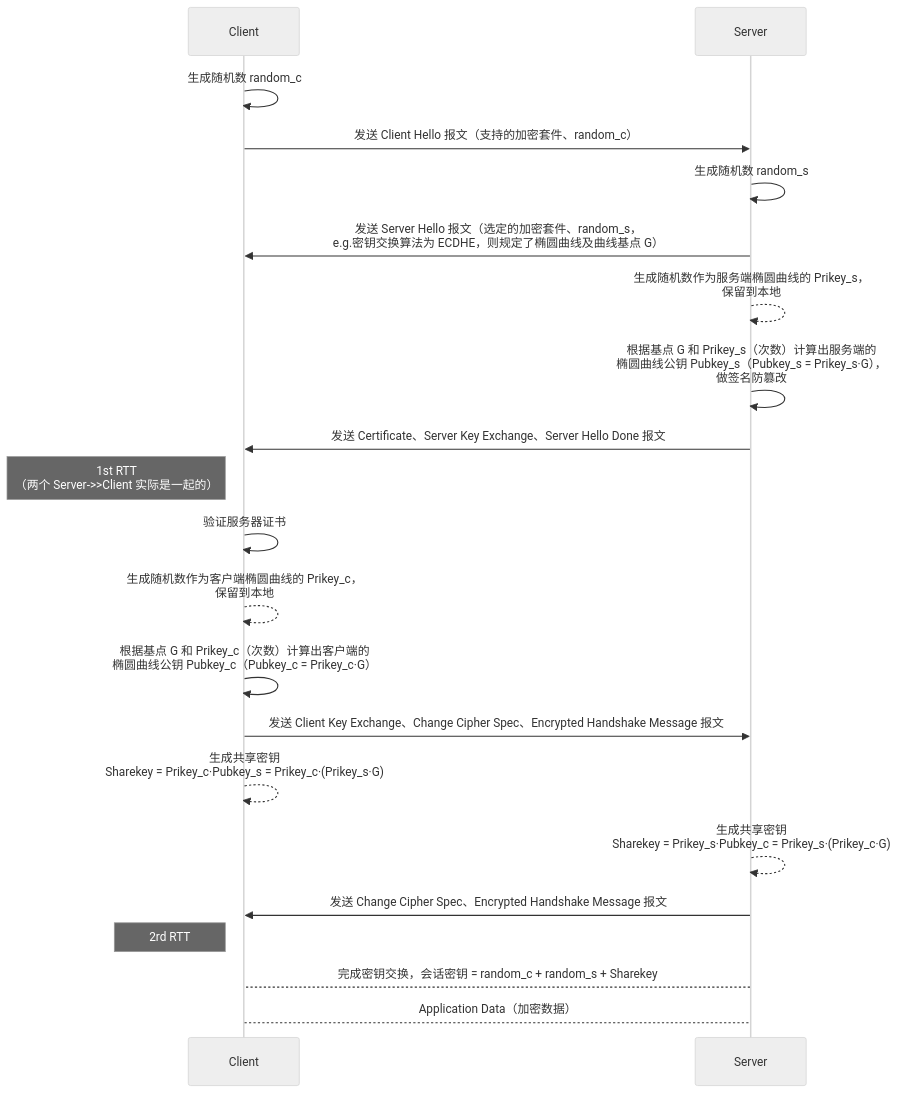
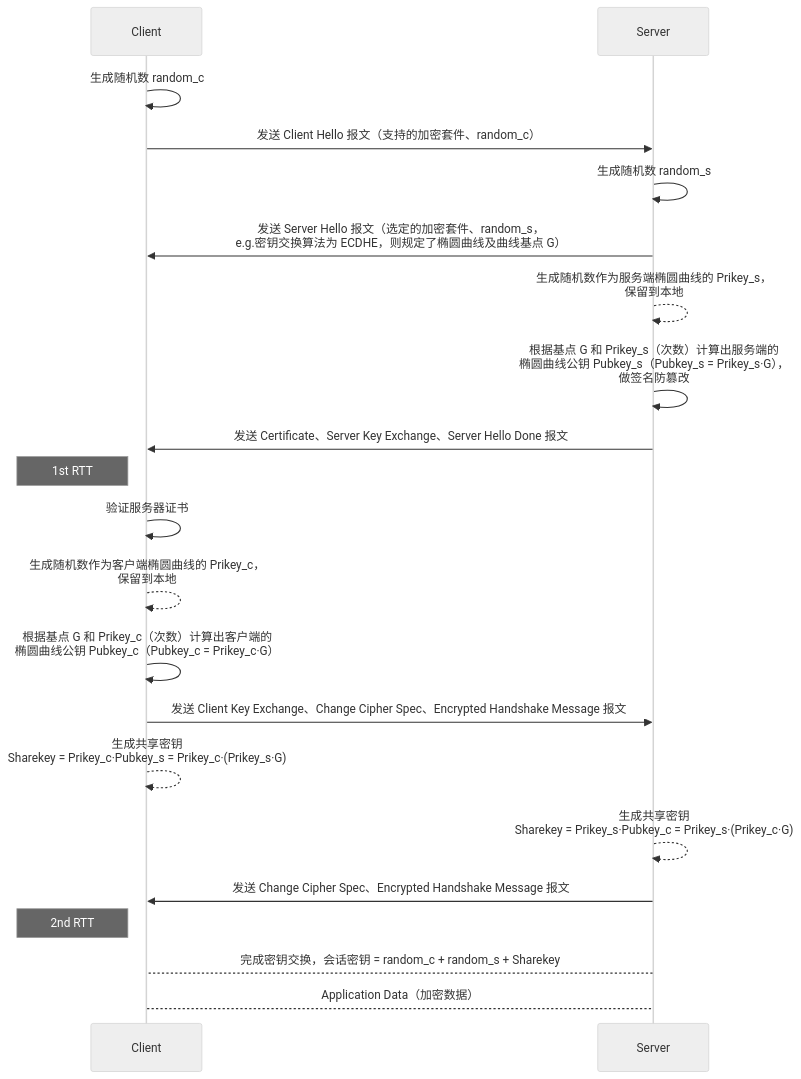
The first of 2 diagrams in docs/TLS.md (marsvillager/marsvillager.github.io), drawn with Mermaid (neutral theme) before and after one commit. The commit also changed other lines of this file and 14 other files, not shown here.

````diff
--- a/docs/TLS.md
+++ b/docs/TLS.md
@@ -15,33 +15,33 @@
 ```mermaid
 sequenceDiagram
     participant Client
     participant Server
     
 		Client->>Client: 生成随机数 random_c
     Client->>Server: 发送 Client Hello 报文（支持的加密套件、random_c）
     
     Server->>Server: 生成随机数 random_s
     Server->>Client: 发送 Server Hello 报文（选定的加密套件、random_s，<br>e.g.密钥交换算法为 ECDHE，则规定了椭圆曲线及曲线基点 G）
     
     Server-->>Server: 生成随机数作为服务端椭圆曲线的 Prikey_s，<br>保留到本地
     Server->>Server: 根据基点 G 和 Prikey_s（次数）计算出服务端的<br>椭圆曲线公钥 Pubkey_s（Pubkey_s = Prikey_s·G），<br>做签名防篡改
     Server->>Client: 发送 Certificate、Server Key Exchange、Server Hello Done 报文
     
-    note left of Client: 1st RTT <br>（两个 Server->>Client 实际是一起的）
+    note left of Client: 1st RTT
     
     Client->>Client: 验证服务器证书
     Client-->>Client: 生成随机数作为客户端椭圆曲线的 Prikey_c，<br>保留到本地
     Client->>Client: 根据基点 G 和 Prikey_c（次数）计算出客户端的<br>椭圆曲线公钥 Pubkey_c（Pubkey_c = Prikey_c·G）
     Client->>Server: 发送 Client Key Exchange、Change Cipher Spec、Encrypted Handshake Message 报文
     
     Client-->>Client: 生成共享密钥 <br> Sharekey = Prikey_c·Pubkey_s = Prikey_c·(Prikey_s·G)
     Server-->>Server: 生成共享密钥 <br> Sharekey = Prikey_s·Pubkey_c = Prikey_s·(Prikey_c·G)
     
     Server->>Client: 发送 Change Cipher Spec、Encrypted Handshake Message 报文
     
-    note left of Client: 2rd RTT
+    note left of Client: 2nd RTT
     
     Server-->Client: 完成密钥交换，会话密钥 = random_c + random_s + Sharekey
     
     Client-->Server: Application Data（加密数据）
 ```
````
